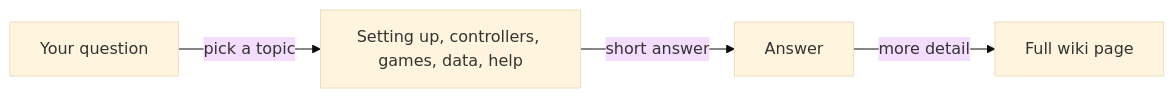
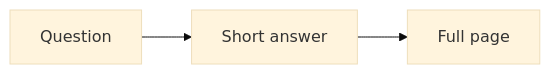
One commit to xsyetopz/OpenJoystickDriver changed the diagram in wiki/FAQ.md. Above: the diagram before and after it, drawn with Mermaid (base theme). The commit also changed other lines of this file, not shown here.

Commit message:
docs(wiki): cut the FAQ answers by a third

````diff
--- a/wiki/FAQ.md
+++ b/wiki/FAQ.md
@@ -7,6 +5,4 @@
 ```mermaid
 flowchart LR
-    q[Your question] -->|"pick a topic"| t[Setting up, controllers, games, data, help]
-    t -->|"short answer"| a[Answer]
-    a -->|"more detail"| p[Full wiki page]
+    q[Question] --> a[Short answer] --> p[Full page]
 ```
````
